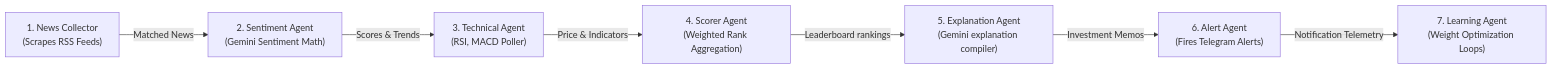
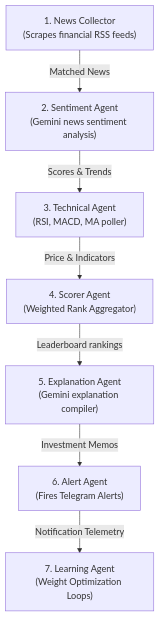
The second of 11 diagrams in README.md (Zayannnnn/market-analyser), drawn with Mermaid before and after one commit. The commit also changed other lines of this file, not shown here.

````diff
--- a/README.md
+++ b/README.md
@@ -79,9 +93,9 @@
 ```mermaid
-graph LR
-    Collector["1. News Collector\n(Scrapes RSS Feeds)"] -->|Matched News| Sentiment["2. Sentiment Agent\n(Gemini Sentiment Math)"]
-    Sentiment -->|Scores & Trends| Technical["3. Technical Agent\n(RSI, MACD Poller)"]
-    Technical -->|Price & Indicators| Scorer["4. Scorer Agent\n(Weighted Rank Aggregation)"]
+graph TD
+    Collector["1. News Collector\n(Scrapes financial RSS feeds)"] -->|Matched News| Sentiment["2. Sentiment Agent\n(Gemini news sentiment analysis)"]
+    Sentiment -->|Scores & Trends| Technical["3. Technical Agent\n(RSI, MACD, MA poller)"]
+    Technical -->|Price & Indicators| Scorer["4. Scorer Agent\n(Weighted Rank Aggregator)"]
     Scorer -->|Leaderboard rankings| Explanation["5. Explanation Agent\n(Gemini explanation compiler)"]
     Explanation -->|Investment Memos| Alert["6. Alert Agent\n(Fires Telegram Alerts)"]
     Alert -->|Notification Telemetry| Learning["7. Learning Agent\n(Weight Optimization Loops)"]
 ```
````
